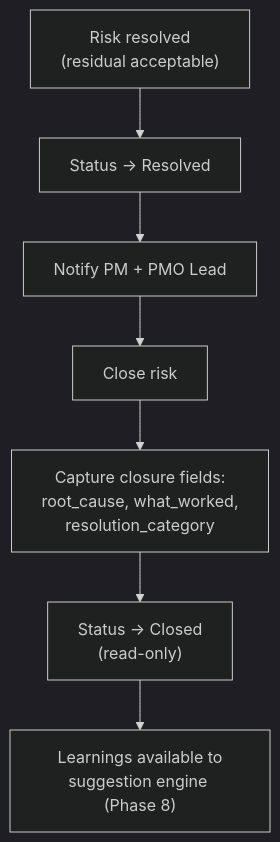
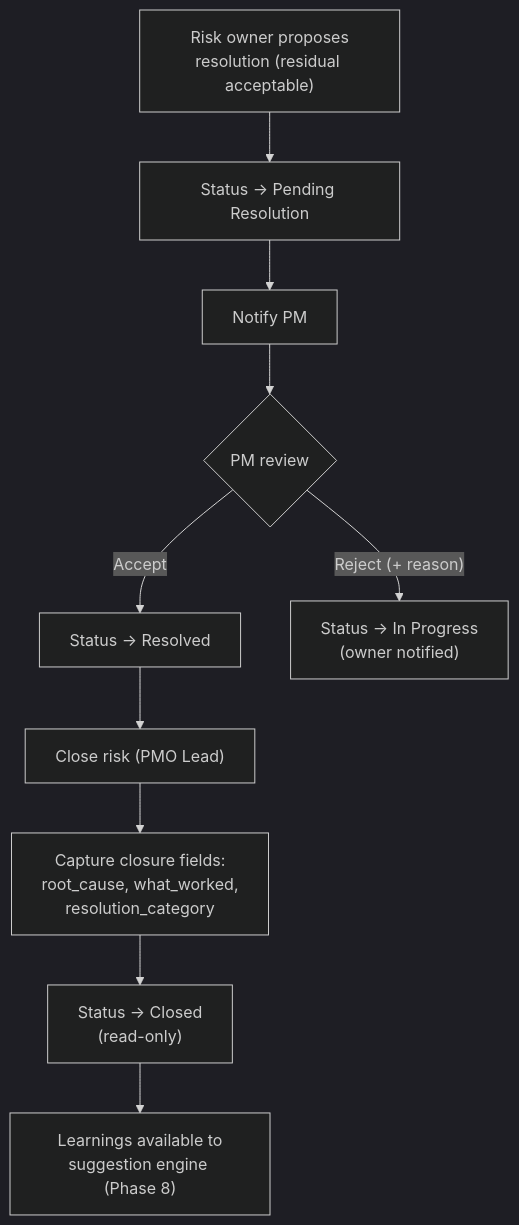
The ninth of 11 diagrams in PROCESS_FLOW.md (BelloOlawale/Pmo-risk-reccurrence), drawn with Mermaid (dark theme) before and after one commit. The commit also changed other lines of this file and 29 other files, not shown here.

First line of the commit message:
feat(ui,risk): enterprise sign-in redesign + pending-resolution workflow

````diff
--- a/PROCESS_FLOW.md
+++ b/PROCESS_FLOW.md
@@ -301,9 +302,12 @@
 ```mermaid
 flowchart TD
-    A["Risk resolved<br/>(residual acceptable)"] --> B["Status → Resolved"]
-    B --> C["Notify PM + PMO Lead"]
-    C --> D["Close risk"]
-    D --> E["Capture closure fields:<br/>root_cause, what_worked,<br/>resolution_category"]
-    E --> F["Status → Closed<br/>(read-only)"]
-    F --> G["Learnings available to<br/>suggestion engine (Phase 8)"]
+    A["Risk owner proposes<br/>resolution (residual acceptable)"] --> B["Status → Pending Resolution"]
+    B --> C["Notify PM"]
+    C --> D{"PM review"}
+    D -->|"Accept"| E["Status → Resolved"]
+    D -->|"Reject (+ reason)"| R["Status → In Progress<br/>(owner notified)"]
+    E --> F["Close risk (PMO Lead)"]
+    F --> G["Capture closure fields:<br/>root_cause, what_worked,<br/>resolution_category"]
+    G --> H["Status → Closed<br/>(read-only)"]
+    H --> I["Learnings available to<br/>suggestion engine (Phase 8)"]
 ```
````
